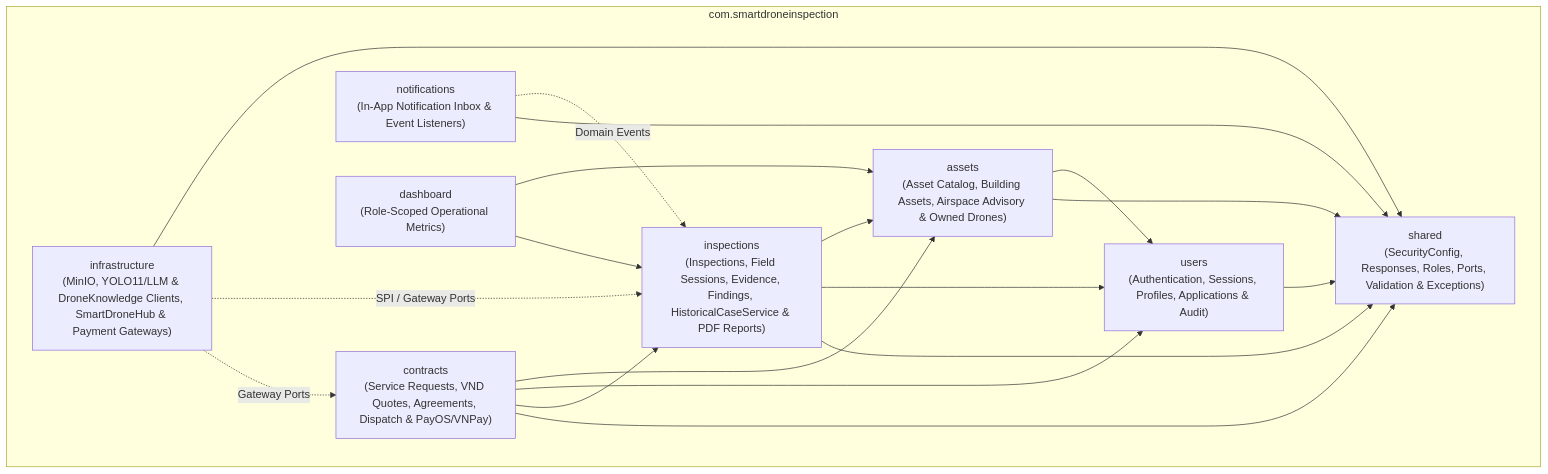
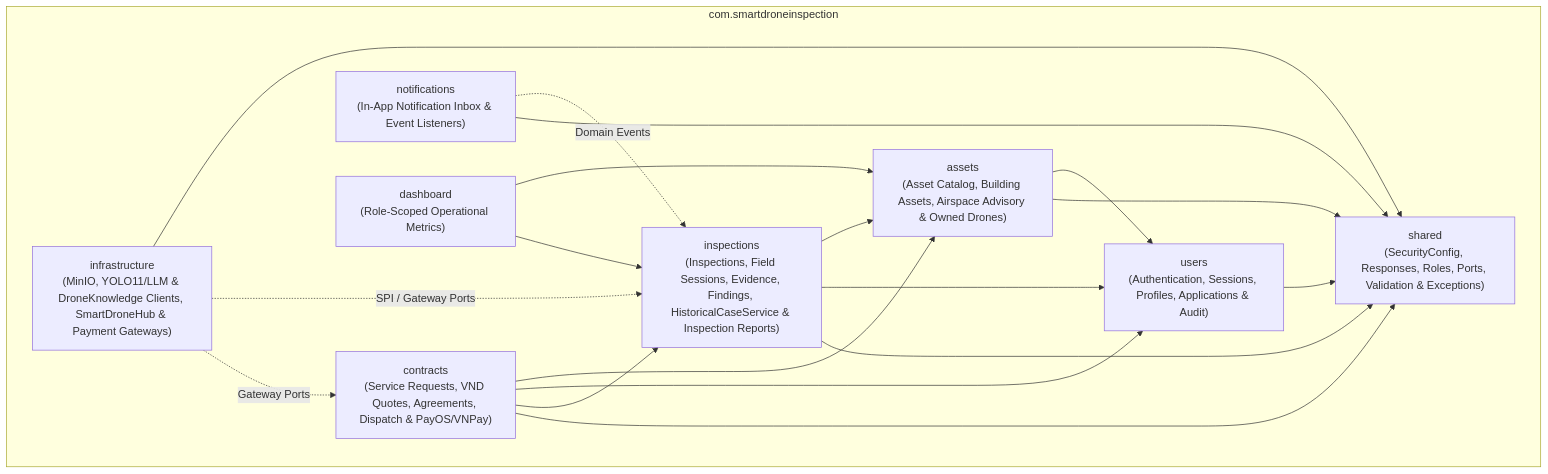
One commit to tungbach12/SmartDroneInspection-Docs changed the second of 4 diagrams in reports/report-4-software-design-document/01-system-design.md. Above: the diagram before and after it, drawn with Mermaid. The commit also changed other lines of this file and 21 other files, not shown here.

````diff
--- a/reports/report-4-software-design-document/01-system-design.md
+++ b/reports/report-4-software-design-document/01-system-design.md
@@ -109,32 +109,32 @@
 ```mermaid
 %% title: Backend Subsystem Package Diagram
 flowchart TD
   subgraph RootPkg["com.smartdroneinspection"]
     USERS["users\n(Authentication, Sessions, Profiles, Applications & Audit)"]
     CONTRACTS["contracts\n(Service Requests, VND Quotes, Agreements, Dispatch & PayOS/VNPay)"]
     ASSETS["assets\n(Asset Catalog, Building Assets, Airspace Advisory & Owned Drones)"]
-    INSPECTIONS["inspections\n(Inspections, Field Sessions, Evidence, Findings, HistoricalCaseService & PDF Reports)"]
+    INSPECTIONS["inspections\n(Inspections, Field Sessions, Evidence, Findings, HistoricalCaseService & Inspection Reports)"]
     NOTIFICATIONS["notifications\n(In-App Notification Inbox & Event Listeners)"]
     DASHBOARD["dashboard\n(Role-Scoped Operational Metrics)"]
     INFRASTRUCTURE["infrastructure\n(MinIO, YOLO11/LLM & DroneKnowledge Clients, SmartDroneHub & Payment Gateways)"]
     SHARED["shared\n(SecurityConfig, Responses, Roles, Ports, Validation & Exceptions)"]
   end
 
   CONTRACTS --> ASSETS
   CONTRACTS --> USERS
   CONTRACTS --> INSPECTIONS
   ASSETS --> USERS
   INSPECTIONS --> ASSETS
   INSPECTIONS --> USERS
   NOTIFICATIONS -.->|"Domain Events"| INSPECTIONS
   DASHBOARD --> ASSETS
   DASHBOARD --> INSPECTIONS
   USERS --> SHARED
   CONTRACTS --> SHARED
   ASSETS --> SHARED
   INSPECTIONS --> SHARED
   NOTIFICATIONS --> SHARED
   INFRASTRUCTURE --> SHARED
   INFRASTRUCTURE -.->|"SPI / Gateway Ports"| INSPECTIONS
   INFRASTRUCTURE -.->|"Gateway Ports"| CONTRACTS
 ```
````
